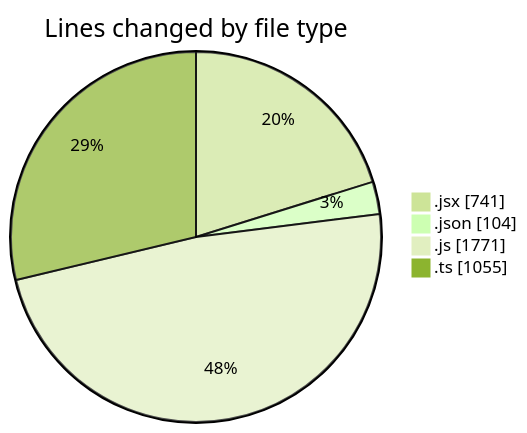
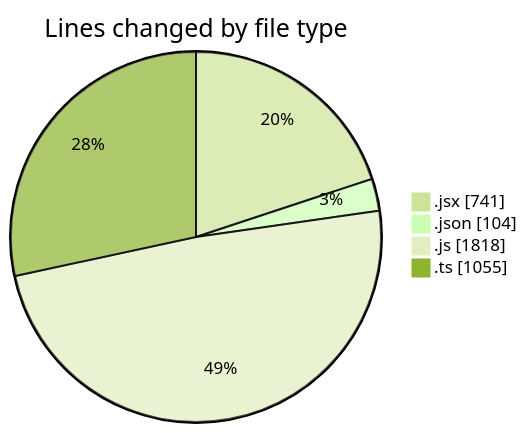
The first of 2 diagrams in 2025-05-19/cda/README.md (momahboobian/code-tracking), drawn with Mermaid (forest theme) before and after one commit. The commit also changed other lines of this file and 1 other file, not shown here.

````diff
--- a/2025-05-19/cda/README.md
+++ b/2025-05-19/cda/README.md
@@ -29,8 +29,8 @@
 ```mermaid
 pie showData
 title Lines changed by file type
 ".jsx" : 741
 ".json" : 104
-".js" : 1771
+".js" : 1818
 ".ts" : 1055
 ```
````
